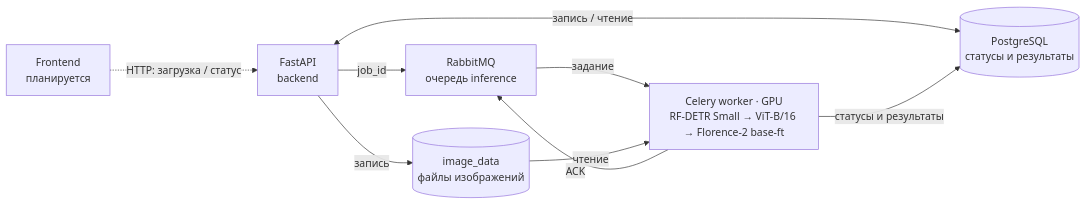
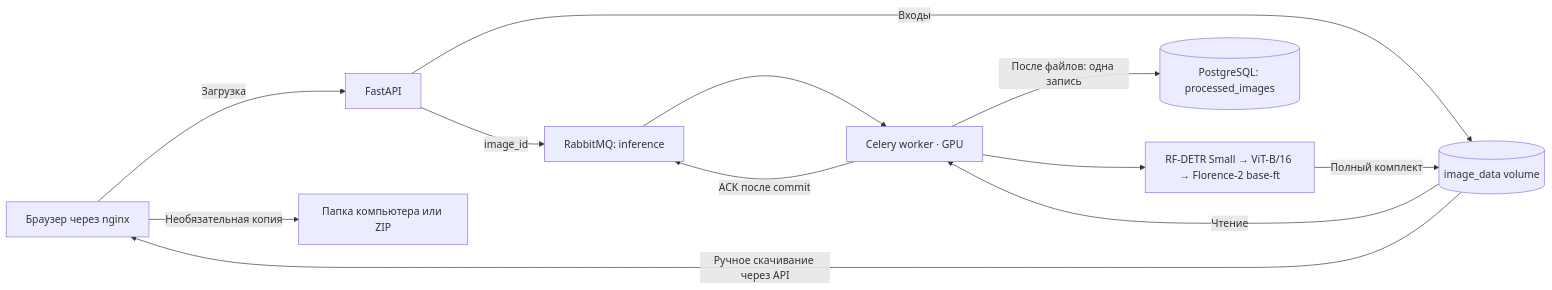
One commit to mishanikin055/kurs4 changed the diagram in docs/diagrams/project-infrastructure.md. Above: the diagram before and after it, drawn with Mermaid. The commit also changed other lines of this file and 48 other files, not shown here.

Commit message:
Упростить обработку изображений: очередь, volume и готовые результаты

````diff
--- a/docs/diagrams/project-infrastructure.md
+++ b/docs/diagrams/project-infrastructure.md
@@ -33,11 +8,14 @@
 ```mermaid
 flowchart LR
-    F["Frontend<br/>планируется"] -. "HTTP: загрузка / статус" .-> A["FastAPI<br/>backend"]
-    A -->|"job_id"| Q["RabbitMQ<br/>очередь inference"]
-    Q -->|"задание"| W["Celery worker · GPU<br/>RF-DETR Small → ViT-B/16 → Florence-2 base-ft"]
-    W -->|"ACK"| Q
-    A <-->|"запись / чтение"| D[("PostgreSQL<br/>статусы и результаты")]
-    W -->|"статусы и результаты"| D
-    A -->|"запись"| V[("image_data<br/>файлы изображений")]
-    V -->|"чтение"| W
+    F[Браузер через nginx] -->|Загрузка| A[FastAPI]
+    A -->|image_id| Q[RabbitMQ: inference]
+    Q --> W[Celery worker · GPU]
+    W --> M[RF-DETR Small → ViT-B/16 → Florence-2 base-ft]
+    A -->|Входы| V[(image_data volume)]
+    V -->|Чтение| W
+    M -->|Полный комплект| V
+    W -->|После файлов: одна запись| D[(PostgreSQL: processed_images)]
+    W -->|ACK после commit| Q
+    V -->|Ручное скачивание через API| F
+    F -->|Необязательная копия| L[Папка компьютера или ZIP]
 ```
````
